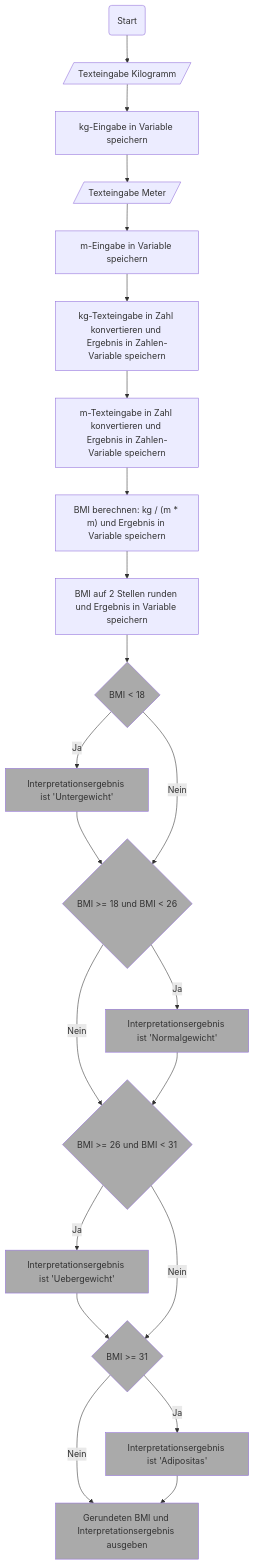
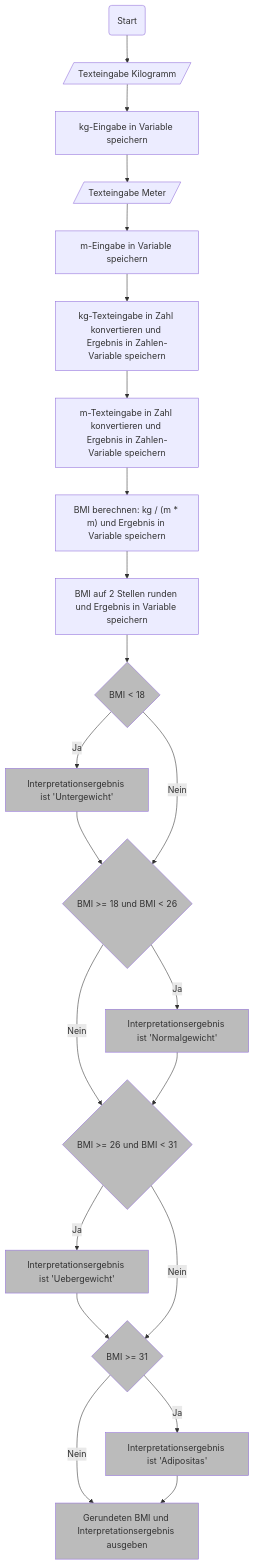
One commit to clander/voprogrammieren changed the second of 3 diagrams in BMI/README.md. Above: the diagram before and after it, drawn with Mermaid. The commit also changed other lines of this file, not shown here.

Commit message:
Fuer Script angepasst

````diff
--- a/BMI/README.md
+++ b/BMI/README.md
@@ -120,30 +120,30 @@
 ```mermaid
 flowchart TD
     A(Start) --> B[/Texteingabe Kilogramm/]
     B --> C[kg-Eingabe in Variable speichern]
     C --> D[/Texteingabe Meter/]
     D --> E[m-Eingabe in Variable speichern]
     E --> F[kg-Texteingabe in Zahl konvertieren und Ergebnis in Zahlen-Variable speichern]
     F --> G[m-Texteingabe in Zahl konvertieren und Ergebnis in Zahlen-Variable speichern]
     G --> H["BMI berechnen: kg / (m * m)" und Ergebnis in Variable speichern]
     H --> I[BMI auf 2 Stellen runden und Ergebnis in Variable speichern]
 
     I --> J{BMI < 18}
     J:::neu -- Ja --> K[Interpretationsergebnis ist 'Untergewicht']:::neu
     K --> L:::neu
 
     J -- Nein --> L{BMI >= 18 und BMI < 26}
     L -- Ja --> M[Interpretationsergebnis ist 'Normalgewicht']:::neu
     L:::neu -- Nein --> N:::neu
     
     M --> N{BMI >= 26 und BMI < 31}
     N -- Ja --> O[Interpretationsergebnis ist 'Uebergewicht']
     O:::neu --> P:::neu
     N -- Nein --> P{BMI >= 31}
 
     P -- Ja --> Q[Interpretationsergebnis ist 'Adipositas']:::neu
     P -- Nein --> R[Gerundeten BMI und Interpretationsergebnis ausgeben]
     Q --> R:::neu
 
-    classDef neu fill:#aaa
+    classDef neu fill:#bbb
 ```
````
